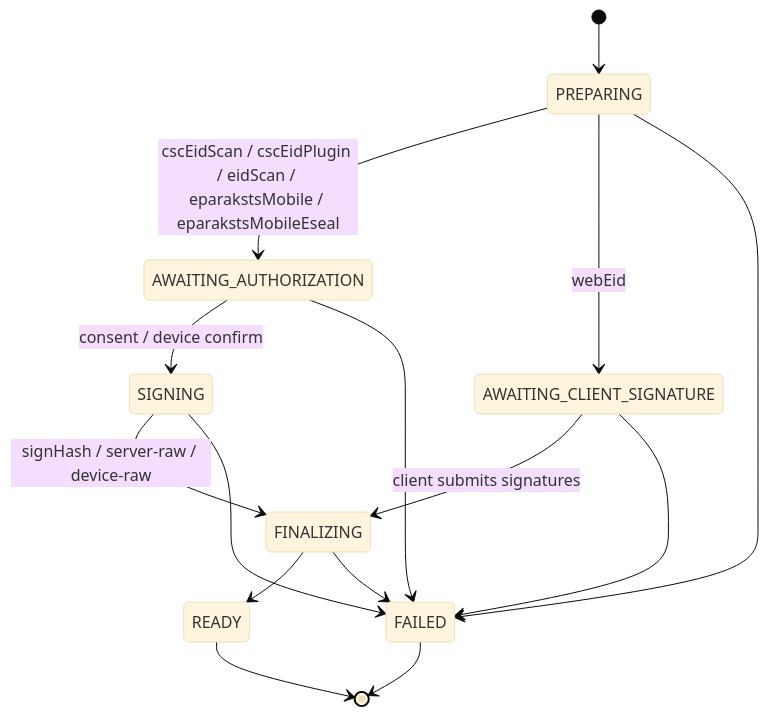
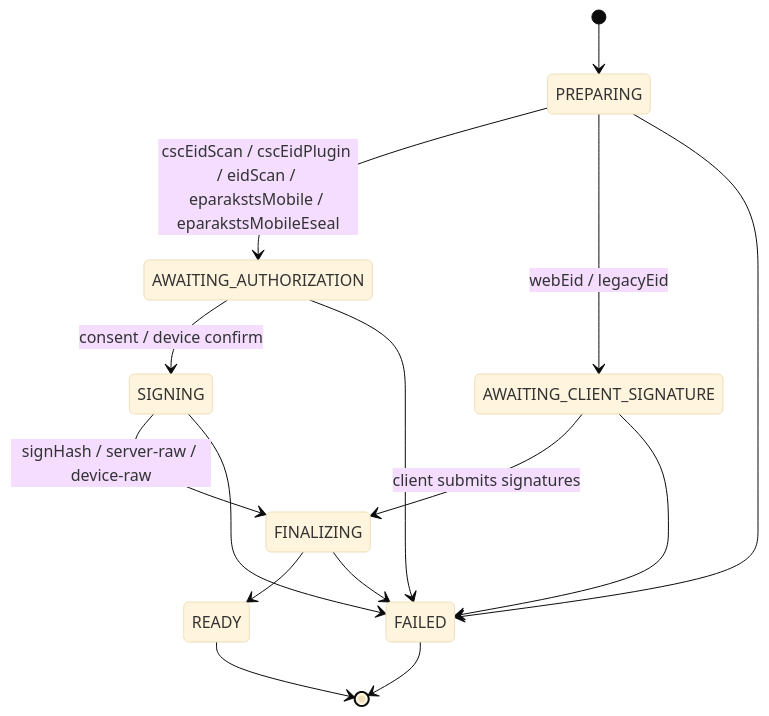
The second of 4 diagrams in README.md (signbyte/eparaksts-signer), drawn with Mermaid (base theme) before and after one commit. The commit also changed other lines of this file and 16 other files, not shown here.

Commit message:
Add the legacyEid signing flow, off unless LEGACY_EID_ENABLED is set

````diff
--- a/README.md
+++ b/README.md
@@ -69,17 +70,17 @@
 ```mermaid
 stateDiagram-v2
     [*] --> PREPARING
     PREPARING --> AWAITING_AUTHORIZATION: cscEidScan / cscEidPlugin / eidScan / eparakstsMobile / eparakstsMobileEseal
-    PREPARING --> AWAITING_CLIENT_SIGNATURE: webEid
+    PREPARING --> AWAITING_CLIENT_SIGNATURE: webEid / legacyEid
     PREPARING --> FAILED
     AWAITING_AUTHORIZATION --> SIGNING: consent / device confirm
     AWAITING_AUTHORIZATION --> FAILED
     AWAITING_CLIENT_SIGNATURE --> FINALIZING: client submits signatures
     AWAITING_CLIENT_SIGNATURE --> FAILED
     SIGNING --> FINALIZING: signHash / server-raw / device-raw
     SIGNING --> FAILED
     FINALIZING --> READY
     FINALIZING --> FAILED
     READY --> [*]
     FAILED --> [*]
 ```
````
